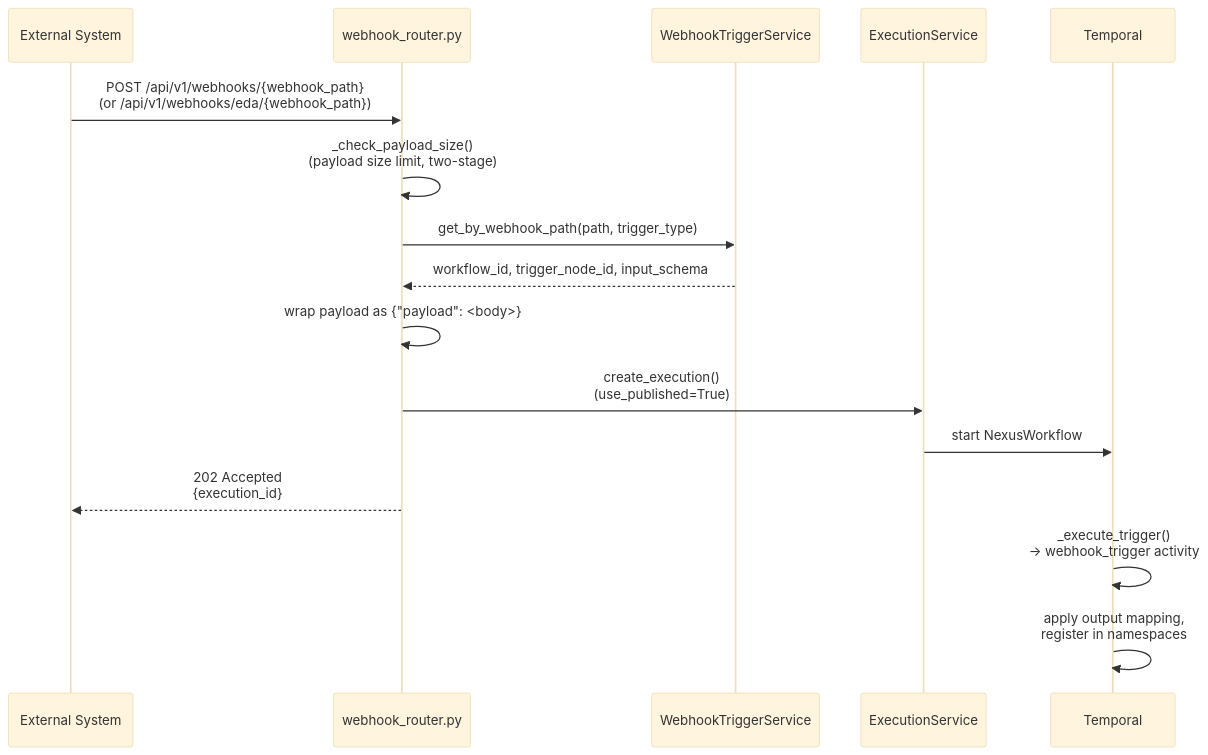
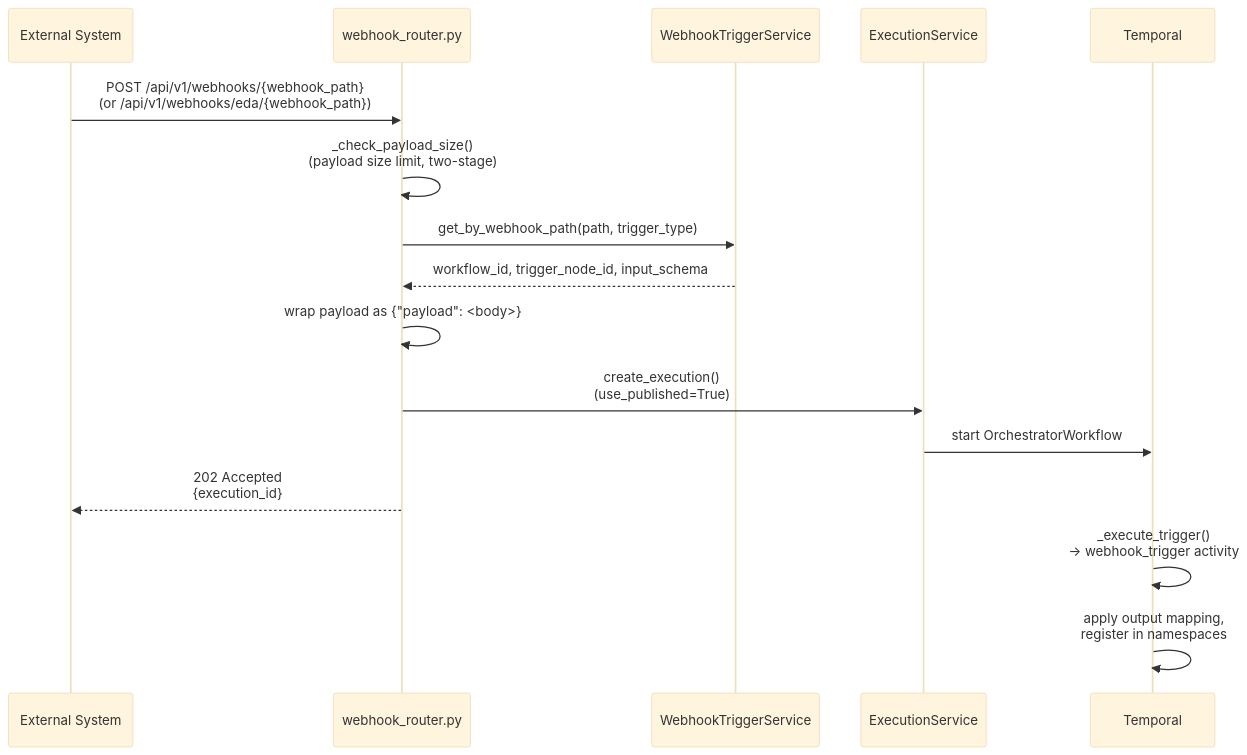
Before and after one commit to alinabuzachis/syntara: the first of 2 diagrams in backend/docs/workflow-engine/triggers/webhook-triggers.md, drawn with Mermaid (base theme). The commit also changed 341 other files, not shown here.

````diff
--- a/backend/docs/workflow-engine/triggers/webhook-triggers.md
+++ b/backend/docs/workflow-engine/triggers/webhook-triggers.md
@@ -14,19 +14,19 @@
 ```mermaid
 sequenceDiagram
     participant Ext as External System
     participant Router as webhook_router.py
     participant Svc as WebhookTriggerService
     participant ES as ExecutionService
     participant Temporal
 
     Ext->>Router: POST /api/v1/webhooks/{webhook_path}<br/>(or /api/v1/webhooks/eda/{webhook_path})
     Router->>Router: _check_payload_size()<br/>(payload size limit, two-stage)
     Router->>Svc: get_by_webhook_path(path, trigger_type)
     Svc-->>Router: workflow_id, trigger_node_id, input_schema
     Router->>Router: wrap payload as {"payload": <body>}
     Router->>ES: create_execution()<br/>(use_published=True)
-    ES->>Temporal: start NexusWorkflow
+    ES->>Temporal: start OrchestratorWorkflow
     Router-->>Ext: 202 Accepted<br/>{execution_id}
     Temporal->>Temporal: _execute_trigger()<br/>→ webhook_trigger activity
     Temporal->>Temporal: apply output mapping,<br/>register in namespaces
 ```
````
